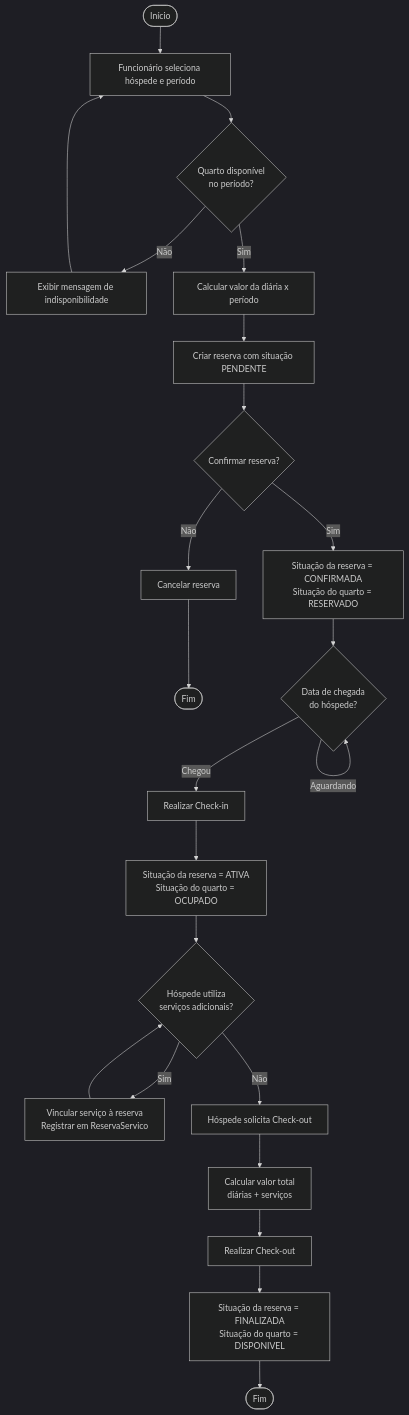
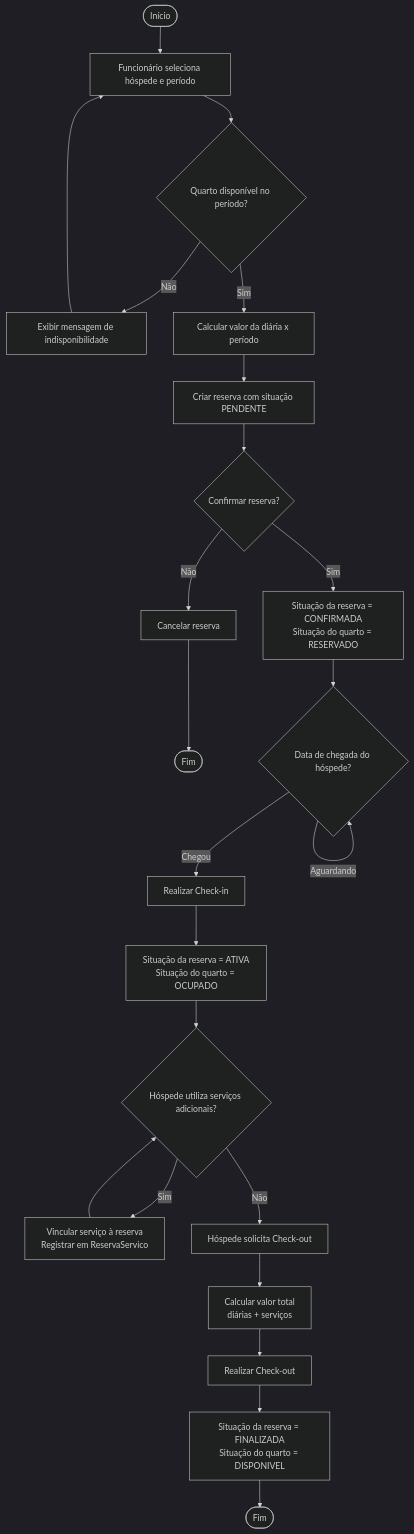
Before and after one commit to rafael-scardoso/Hotel_IFRS_JAVA: the third of 4 diagrams in modelagem/Modelagem_Sistema_Hoteleiro_v2.md, drawn with Mermaid (dark theme). The commit also changed other lines of this file, not shown here.

````diff
--- a/modelagem/Modelagem_Sistema_Hoteleiro_v2.md
+++ b/modelagem/Modelagem_Sistema_Hoteleiro_v2.md
@@ -229,25 +229,25 @@
 ```mermaid
 flowchart TD
     A([Início]) --> B[Funcionário seleciona hóspede e período]
-    B --> C{Quarto disponível\nno período?}
+    B --> C{Quarto disponível no período?}
     C -- Não --> D[Exibir mensagem de indisponibilidade]
     D --> B
     C -- Sim --> E[Calcular valor da diária x período]
     E --> F[Criar reserva com situação PENDENTE]
     F --> G{Confirmar reserva?}
     G -- Não --> H[Cancelar reserva]
     H --> Z1([Fim])
-    G -- Sim --> I["Situação da reserva = CONFIRMADA\nSituação do quarto = RESERVADO"]
-    I --> J{Data de chegada\ndo hóspede?}
+    G -- Sim --> I["Situação da reserva = CONFIRMADA<br/>Situação do quarto = RESERVADO"]
+    I --> J{Data de chegada do hóspede?}
     J -- Aguardando --> J
     J -- Chegou --> K[Realizar Check-in]
-    K --> L["Situação da reserva = ATIVA\nSituação do quarto = OCUPADO"]
-    L --> M{Hóspede utiliza\nserviços adicionais?}
-    M -- Sim --> N[Vincular serviço à reserva\nRegistrar em ReservaServico]
+    K --> L["Situação da reserva = ATIVA<br/>Situação do quarto = OCUPADO"]
+    L --> M{Hóspede utiliza serviços adicionais?}
+    M -- Sim --> N["Vincular serviço à reserva<br/>Registrar em ReservaServico"]
     N --> M
     M -- Não --> O[Hóspede solicita Check-out]
-    O --> P[Calcular valor total\ndiárias + serviços]
+    O --> P["Calcular valor total<br/>diárias + serviços"]
     P --> Q[Realizar Check-out]
-    Q --> R["Situação da reserva = FINALIZADA\nSituação do quarto = DISPONIVEL"]
+    Q --> R["Situação da reserva = FINALIZADA<br/>Situação do quarto = DISPONIVEL"]
     R --> Z2([Fim])
 ```
````
